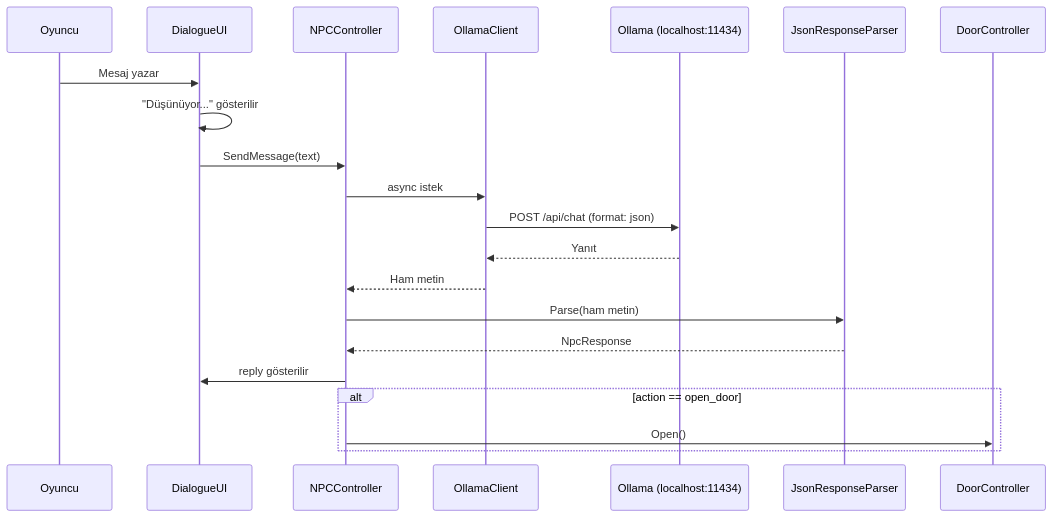
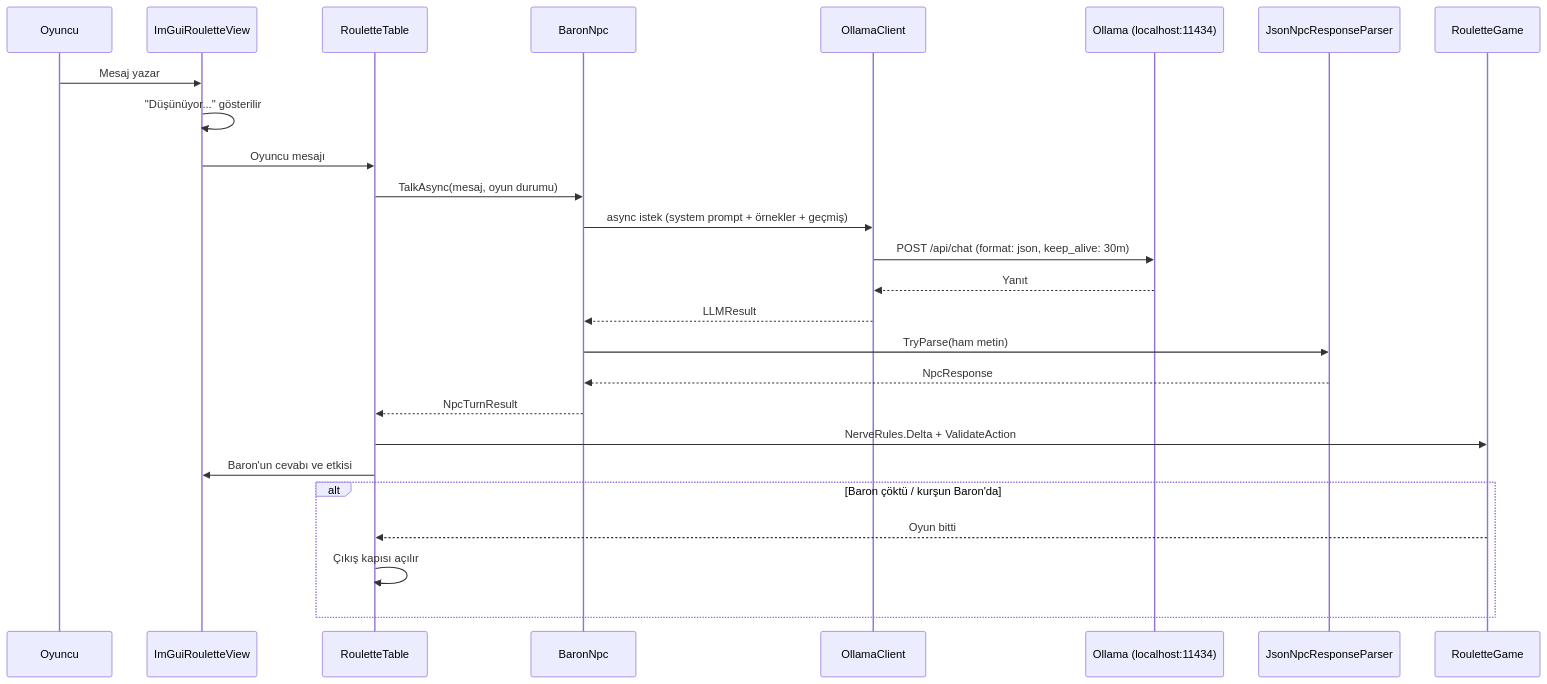
The fourth of 4 diagrams in README.md (hamzaakademie-png/AIAdventure), drawn with Mermaid before and after one commit. The commit also changed other lines of this file, not shown here.

````diff
--- a/README.md
+++ b/README.md
@@ -77,24 +209,29 @@
 ```mermaid
 sequenceDiagram
     participant P as Oyuncu
-    participant UI as DialogueUI
-    participant N as NPCController
+    participant V as ImGuiRouletteView
+    participant T as RouletteTable
+    participant N as BaronNpc
     participant C as OllamaClient
     participant O as Ollama (localhost:11434)
-    participant R as JsonResponseParser
-    participant D as DoorController
+    participant R as JsonNpcResponseParser
+    participant G as RouletteGame
 
-    P->>UI: Mesaj yazar
-    UI->>UI: "Düşünüyor..." gösterilir
-    UI->>N: SendMessage(text)
-    N->>C: async istek
-    C->>O: POST /api/chat (format: json)
+    P->>V: Mesaj yazar
+    V->>V: "Düşünüyor..." gösterilir
+    V->>T: Oyuncu mesajı
+    T->>N: TalkAsync(mesaj, oyun durumu)
+    N->>C: async istek (system prompt + örnekler + geçmiş)
+    C->>O: POST /api/chat (format: json, keep_alive: 30m)
     O-->>C: Yanıt
-    C-->>N: Ham metin
-    N->>R: Parse(ham metin)
+    C-->>N: LLMResult
+    N->>R: TryParse(ham metin)
     R-->>N: NpcResponse
-    N->>UI: reply gösterilir
-    alt action == open_door
-        N->>D: Open()
+    N-->>T: NpcTurnResult
+    T->>G: NerveRules.Delta + ValidateAction
+    T->>V: Baron'un cevabı ve etkisi
+    alt Baron çöktü / kurşun Baron'da
+        G-->>T: Oyun bitti
+        T->>T: Çıkış kapısı açılır
     end
 ```
````
